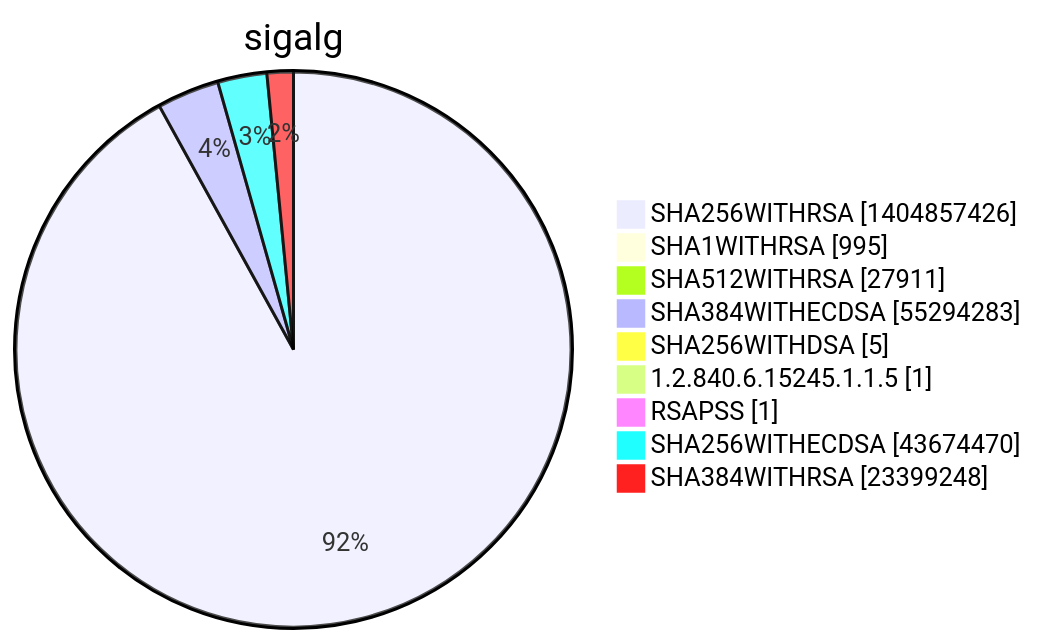
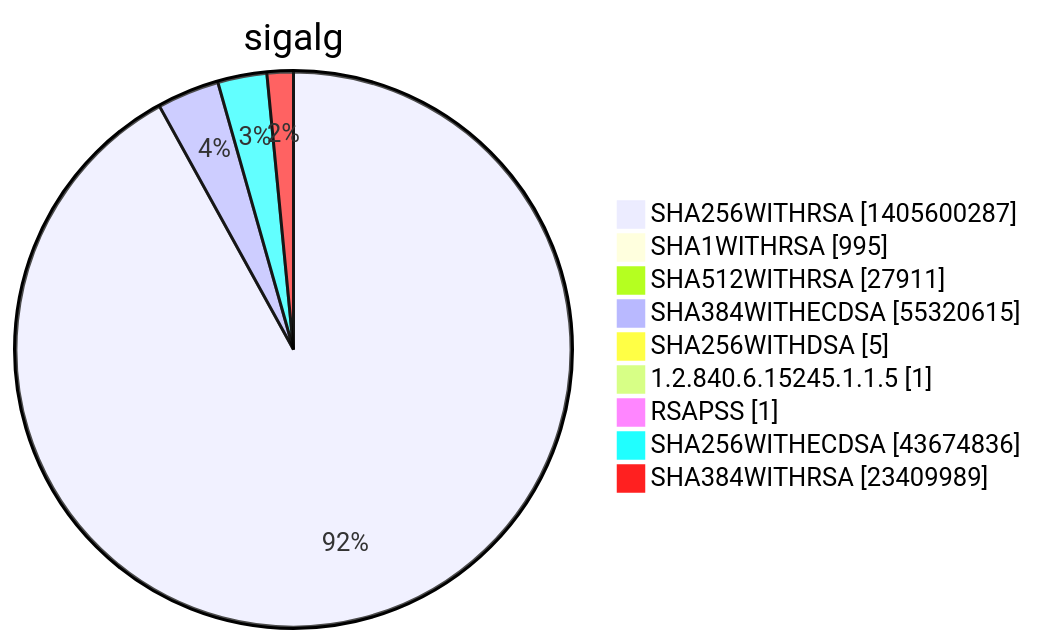
Before and after one commit to christiankrug/ctmonitor_visualization: diagram 15 of 15 in xenon2022/README.md, drawn with Mermaid. The commit also changed other lines of this file, not shown here.

````diff
--- a/xenon2022/README.md
+++ b/xenon2022/README.md
@@ -5856,13 +5856,13 @@
 ```mermaid
 pie showData
 title sigalg
-"SHA256WITHRSA" :1404857426
+"SHA256WITHRSA" :1405600287
 "SHA1WITHRSA" :995
 "SHA512WITHRSA" :27911
-"SHA384WITHECDSA" :55294283
+"SHA384WITHECDSA" :55320615
 "SHA256WITHDSA" :5
 "1.2.840.6.15245.1.1.5" :1
 "RSAPSS" :1
-"SHA256WITHECDSA" :43674470
-"SHA384WITHRSA" :23399248
+"SHA256WITHECDSA" :43674836
+"SHA384WITHRSA" :23409989
 ```
````
